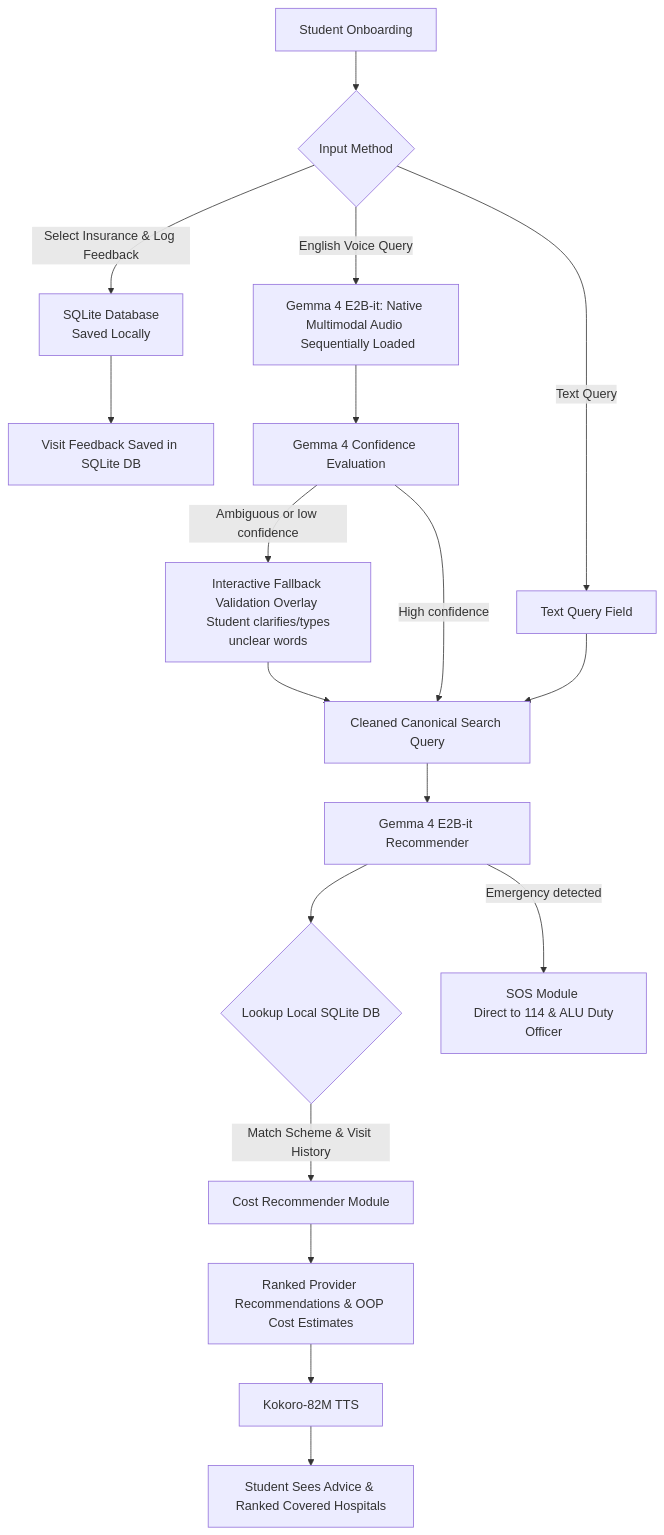
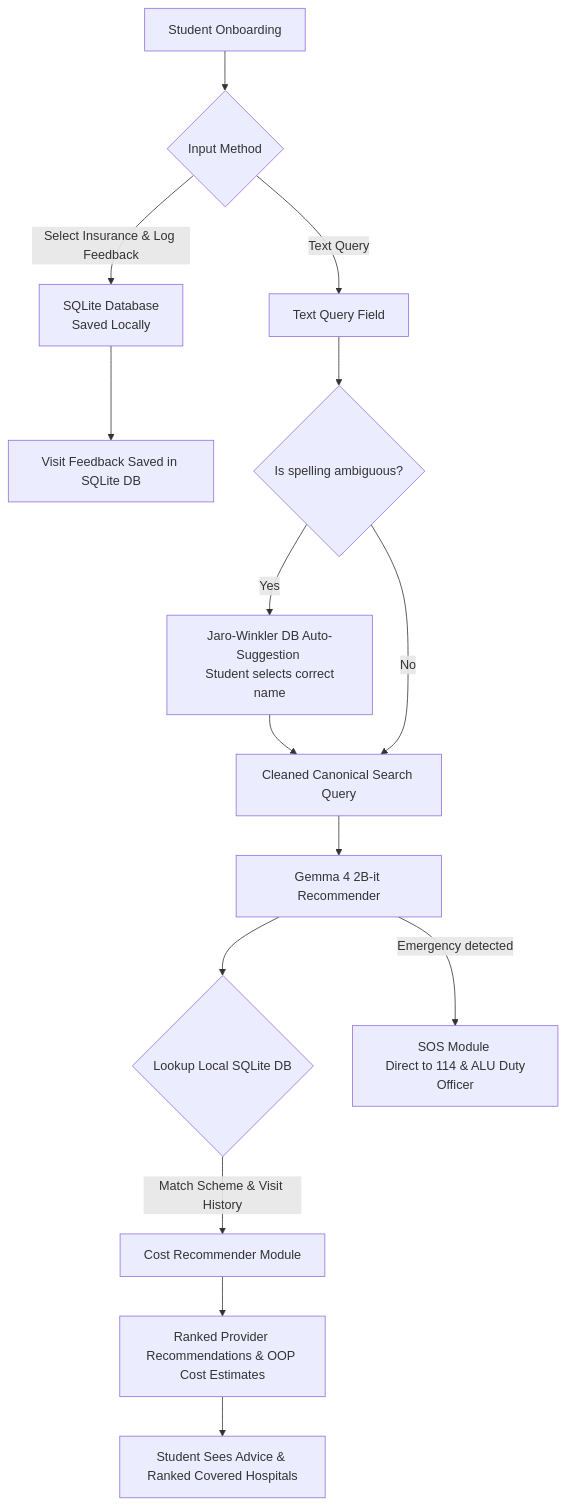
Before and after one commit to tuyishimejeandamour/capstone: the third of 11 diagrams in proposal.md, drawn with Mermaid. The commit also changed other lines of this file and 52 other files, not shown here.

Commit message:
Update project dependencies, enhance database schema for hospitals, and improve location-based hospital recommendations in the app.

````diff
--- a/proposal.md
+++ b/proposal.md
@@ -444,20 +436,17 @@
 ```mermaid
 flowchart TD
     A[Student Onboarding] --> B{Input Method}
     B -->|Select Insurance & Log Feedback| C[SQLite Database <br> Saved Locally]
-    B -->|English Voice Query| D[Gemma 4 E2B-it: Native Multimodal Audio <br> Sequentially Loaded]
     B -->|Text Query| E[Text Query Field]
     C --> F[Visit Feedback Saved in SQLite DB]
-    D --> G[Gemma 4 Confidence Evaluation]
-    G -->|Ambiguous or low confidence| G1[Interactive Fallback Validation Overlay <br> Student clarifies/types unclear words]
-    G1 --> H
-    G -->|High confidence| H[Cleaned Canonical Search Query]
-    E --> H
-    H --> I[Gemma 4 E2B-it Recommender]
+    E --> G{Is spelling ambiguous?}
+    G -->|Yes| G1[Jaro-Winkler DB Auto-Suggestion <br> Student selects correct name]
+    G1 --> H[Cleaned Canonical Search Query]
+    G -->|No| H
+    H --> I[Gemma 4 2B-it Recommender]
     I --> J{Lookup Local SQLite DB}
     J -->|Match Scheme & Visit History| K[Cost Recommender Module]
     K --> L[Ranked Provider Recommendations & OOP Cost Estimates]
-    L --> M[Kokoro-82M TTS]
-    M --> N[Student Sees Advice & Ranked Covered Hospitals]
+    L --> N[Student Sees Advice & Ranked Covered Hospitals]
     I -->|Emergency detected| O[SOS Module <br> Direct to 114 & ALU Duty Officer]
 ```
````
